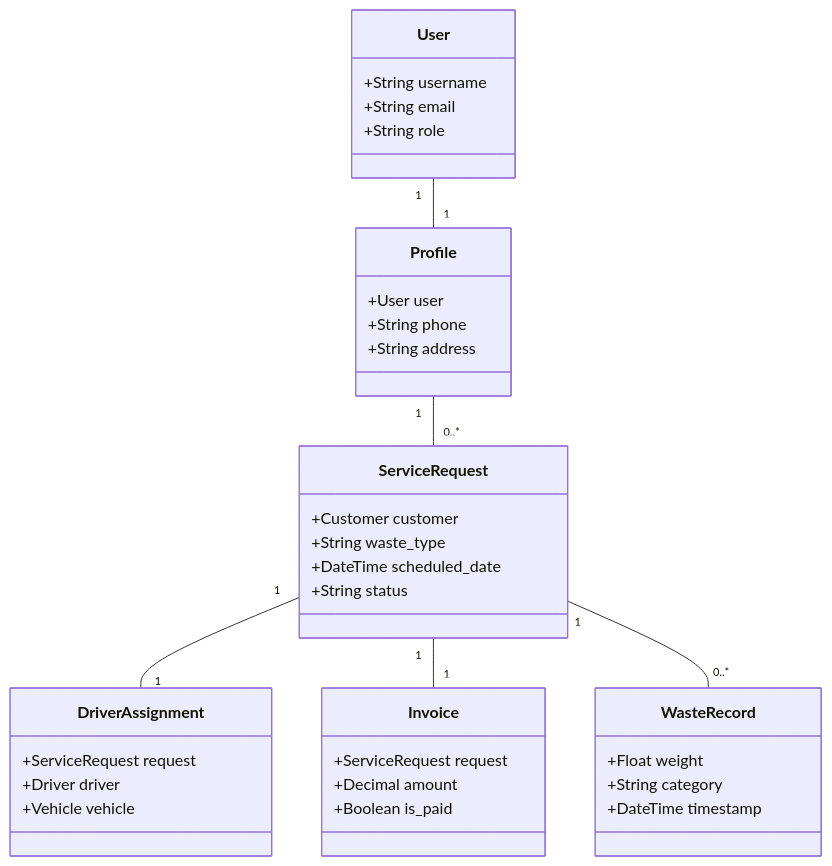
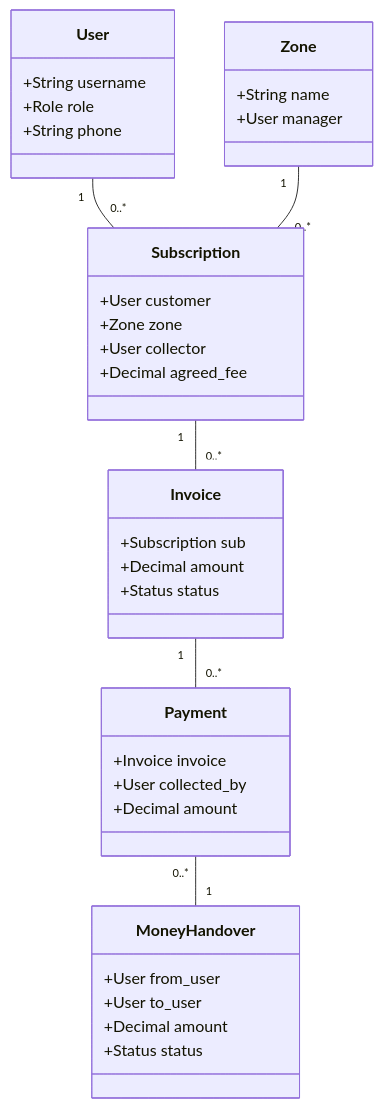
Before and after one commit to 0788231715/Agruni: the fifth of 5 diagrams in DESIGN.md, drawn with Mermaid. The commit also changed other lines of this file and 66 other files, not shown here.

````diff
--- a/DESIGN.md
+++ b/DESIGN.md
@@ -143,40 +100,40 @@
 ```mermaid
 classDiagram
     class User {
         +String username
-        +String email
-        +String role
+        +Role role
+        +String phone
     }
-    class Profile {
-        +User user
-        +String phone
-        +String address
+    class Zone {
+        +String name
+        +User manager
     }
-    class ServiceRequest {
-        +Customer customer
-        +String waste_type
-        +DateTime scheduled_date
-        +String status
-    }
-    class DriverAssignment {
-        +ServiceRequest request
-        +Driver driver
-        +Vehicle vehicle
-    }
-    class WasteRecord {
-        +Float weight
-        +String category
-        +DateTime timestamp
+    class Subscription {
+        +User customer
+        +Zone zone
+        +User collector
+        +Decimal agreed_fee
     }
     class Invoice {
-        +ServiceRequest request
+        +Subscription sub
         +Decimal amount
-        +Boolean is_paid
+        +Status status
+    }
+    class Payment {
+        +Invoice invoice
+        +User collected_by
+        +Decimal amount
+    }
+    class MoneyHandover {
+        +User from_user
+        +User to_user
+        +Decimal amount
+        +Status status
     }
 
-    User "1" -- "1" Profile
-    Profile "1" -- "0..*" ServiceRequest
-    ServiceRequest "1" -- "1" DriverAssignment
-    ServiceRequest "1" -- "1" Invoice
-    ServiceRequest "1" -- "0..*" WasteRecord
+    User "1" -- "0..*" Subscription
+    Zone "1" -- "0..*" Subscription
+    Subscription "1" -- "0..*" Invoice
+    Invoice "1" -- "0..*" Payment
+    Payment "0..*" -- "1" MoneyHandover
 ```
````
